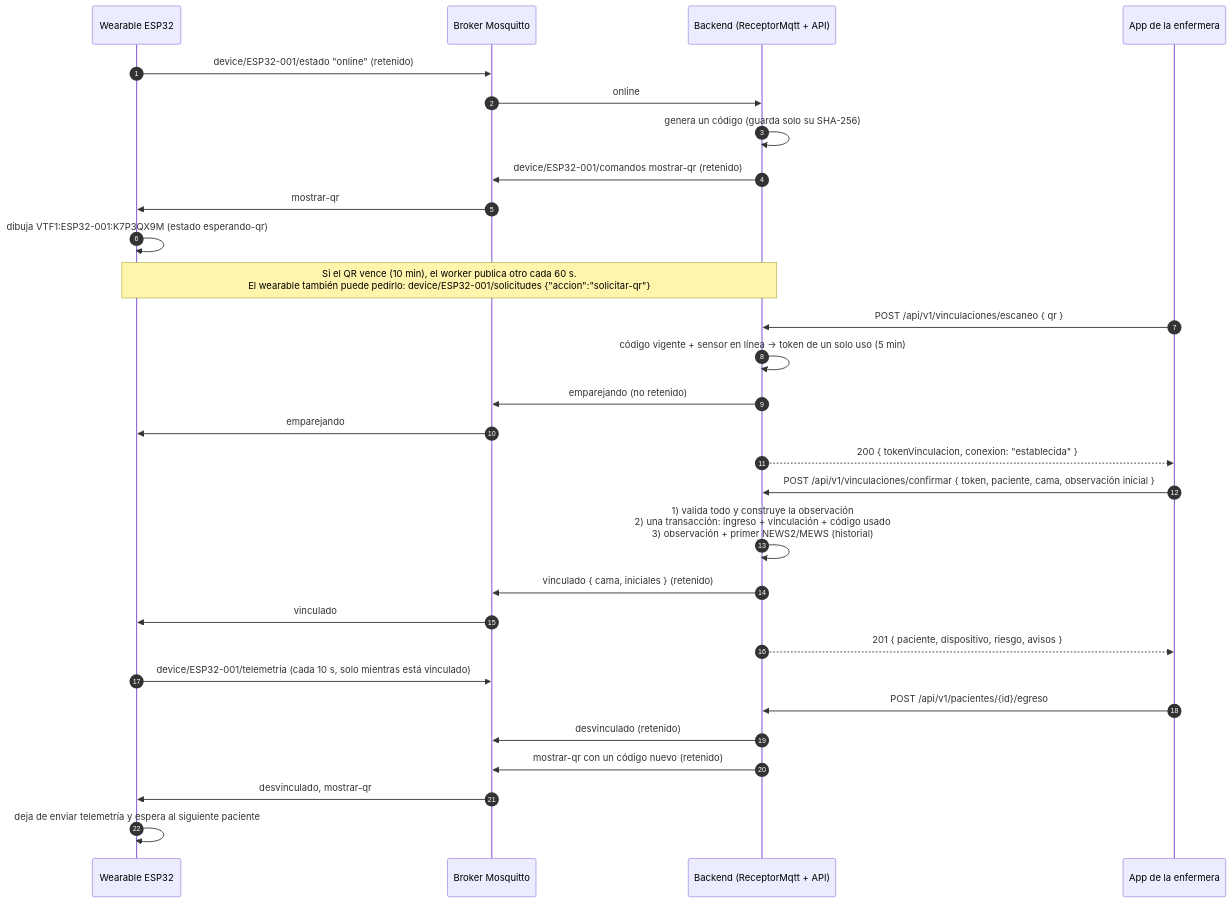
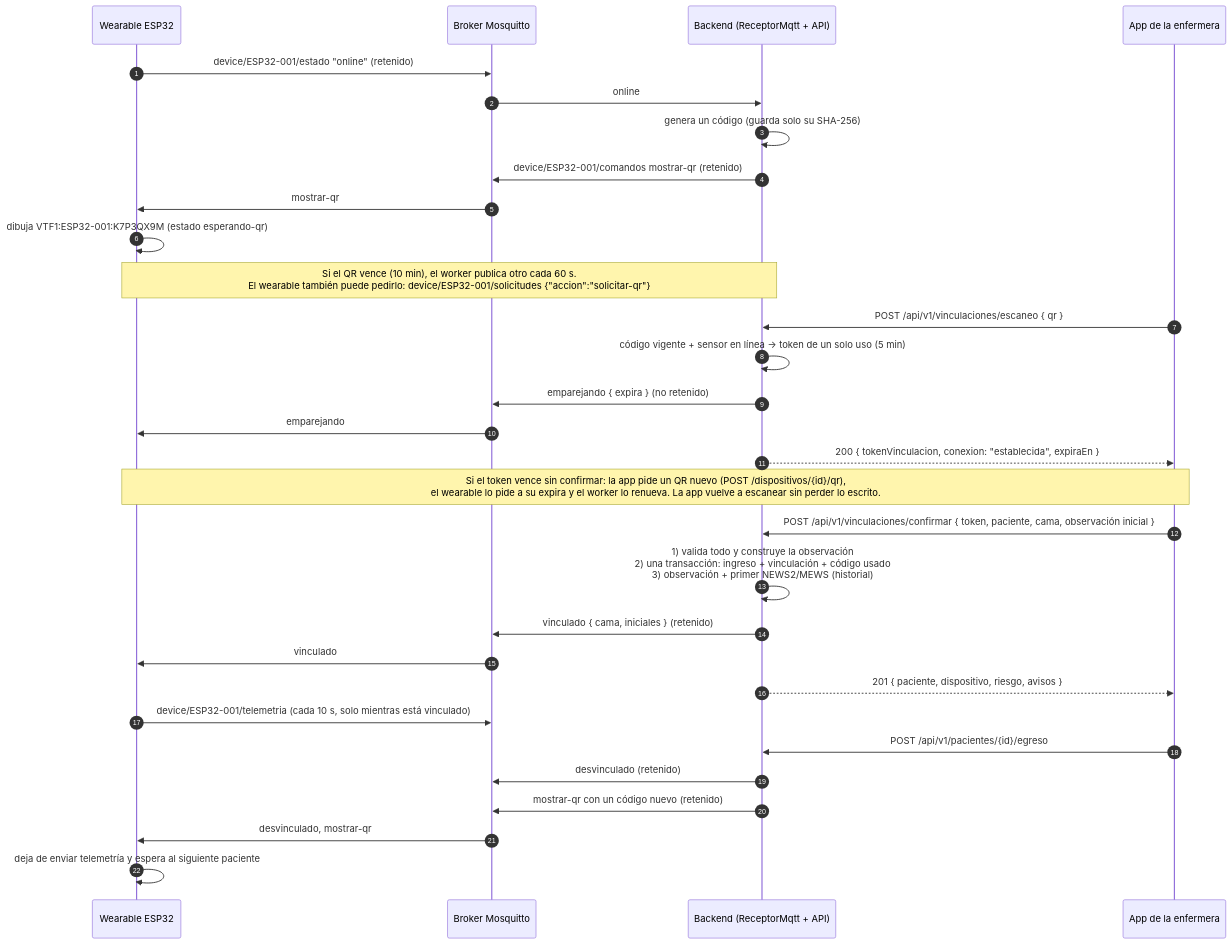
One commit to Kmykh/Vitalify-Backend changed the diagram in docs/vinculacion-qr.md. Above: the diagram before and after it, drawn with Mermaid. The commit also changed other lines of this file and 2 other files, not shown here.

Commit message:
docs: documenta el vencimiento del escaneo, el expira de emparejando y la renovación del QR

````diff
--- a/docs/vinculacion-qr.md
+++ b/docs/vinculacion-qr.md
@@ -9,36 +9,38 @@
 ```mermaid
 sequenceDiagram
     autonumber
     participant W as Wearable ESP32
     participant B as Broker Mosquitto
     participant API as Backend (ReceptorMqtt + API)
     participant E as App de la enfermera
 
     W->>B: device/ESP32-001/estado "online" (retenido)
     B->>API: online
     API->>API: genera un código (guarda solo su SHA-256)
     API->>B: device/ESP32-001/comandos mostrar-qr (retenido)
     B->>W: mostrar-qr
     W->>W: dibuja VTF1:ESP32-001:K7P3QX9M (estado esperando-qr)
 
     Note over W,API: Si el QR vence (10 min), el worker publica otro cada 60 s.<br/>El wearable también puede pedirlo: device/ESP32-001/solicitudes {"accion":"solicitar-qr"}
 
     E->>API: POST /api/v1/vinculaciones/escaneo { qr }
     API->>API: código vigente + sensor en línea → token de un solo uso (5 min)
-    API->>B: emparejando (no retenido)
+    API->>B: emparejando { expira } (no retenido)
     B->>W: emparejando
-    API-->>E: 200 { tokenVinculacion, conexion: "establecida" }
+    API-->>E: 200 { tokenVinculacion, conexion: "establecida", expiraEn }
+
+    Note over W,E: Si el token vence sin confirmar: la app pide un QR nuevo (POST /dispositivos/{id}/qr),<br/>el wearable lo pide a su expira y el worker lo renueva. La app vuelve a escanear sin perder lo escrito.
 
     E->>API: POST /api/v1/vinculaciones/confirmar { token, paciente, cama, observación inicial }
     API->>API: 1) valida todo y construye la observación<br/>2) una transacción: ingreso + vinculación + código usado<br/>3) observación + primer NEWS2/MEWS (historial)
     API->>B: vinculado { cama, iniciales } (retenido)
     B->>W: vinculado
     API-->>E: 201 { paciente, dispositivo, riesgo, avisos }
     W->>B: device/ESP32-001/telemetria (cada 10 s, solo mientras está vinculado)
 
     E->>API: POST /api/v1/pacientes/{id}/egreso
     API->>B: desvinculado (retenido)
     API->>B: mostrar-qr con un código nuevo (retenido)
     B->>W: desvinculado, mostrar-qr
     W->>W: deja de enviar telemetría y espera al siguiente paciente
 ```
````
